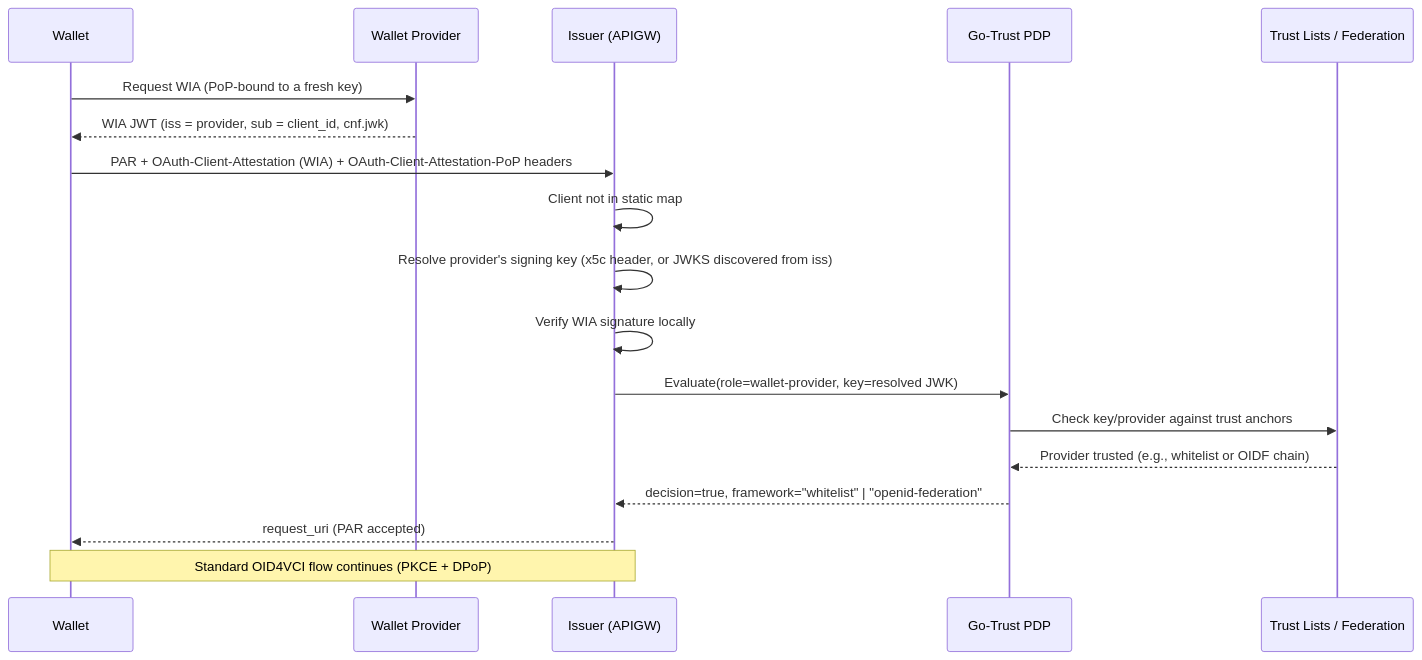
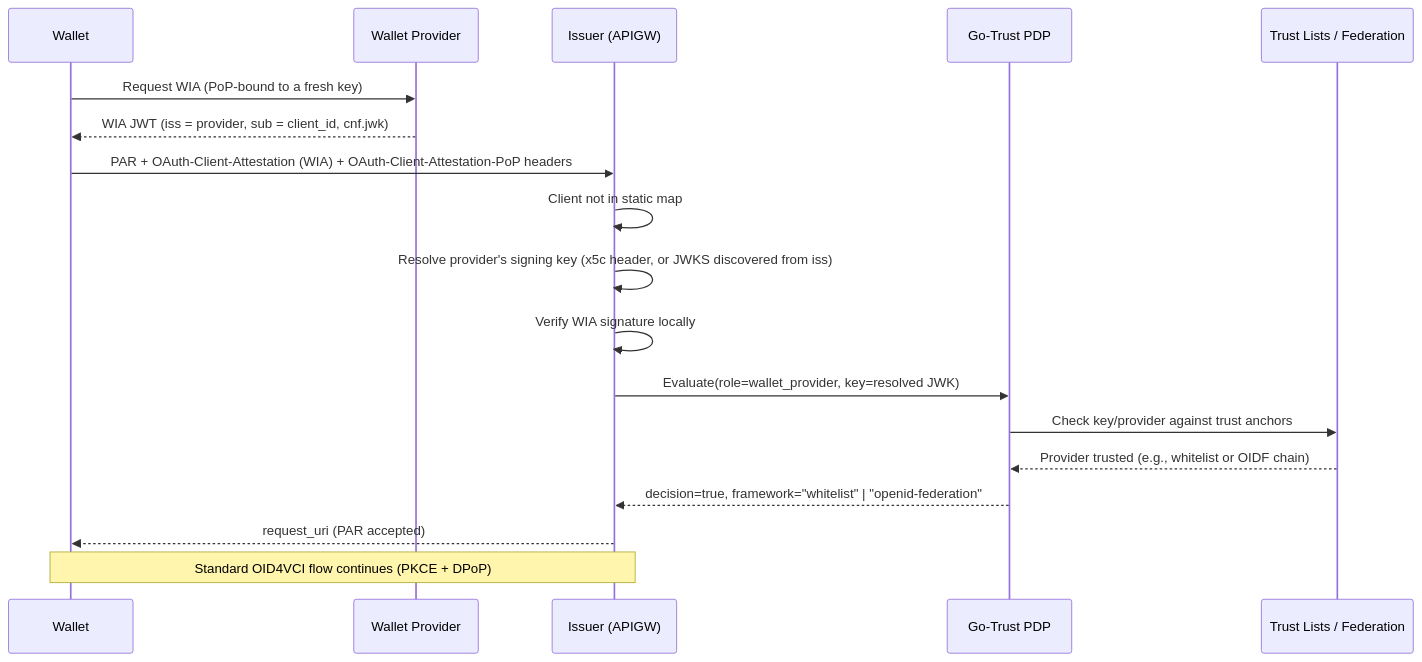
One commit to sirosfoundation/docs changed the diagram in docs/sirosid/trust/wallet-attestation.md. Above: the diagram before and after it, drawn with Mermaid. The commit also changed other lines of this file and 16 other files, not shown here.

````diff
--- a/docs/sirosid/trust/wallet-attestation.md
+++ b/docs/sirosid/trust/wallet-attestation.md
@@ -18,21 +18,21 @@
 ```mermaid
 sequenceDiagram
     participant W as Wallet
     participant WP as Wallet Provider
     participant I as Issuer (APIGW)
     participant PDP as Go-Trust PDP
     participant TL as Trust Lists / Federation
 
     W->>WP: Request WIA (PoP-bound to a fresh key)
     WP-->>W: WIA JWT (iss = provider, sub = client_id, cnf.jwk)
     W->>I: PAR + OAuth-Client-Attestation (WIA) + OAuth-Client-Attestation-PoP headers
     I->>I: Client not in static map
     I->>I: Resolve provider's signing key (x5c header, or JWKS discovered from iss)
     I->>I: Verify WIA signature locally
-    I->>PDP: Evaluate(role=wallet-provider, key=resolved JWK)
+    I->>PDP: Evaluate(role=wallet_provider, key=resolved JWK)
     PDP->>TL: Check key/provider against trust anchors
     TL-->>PDP: Provider trusted (e.g., whitelist or OIDF chain)
     PDP-->>I: decision=true, framework="whitelist" | "openid-federation"
     I-->>W: request_uri (PAR accepted)
     Note over W,I: Standard OID4VCI flow continues (PKCE + DPoP)
 ```
````
